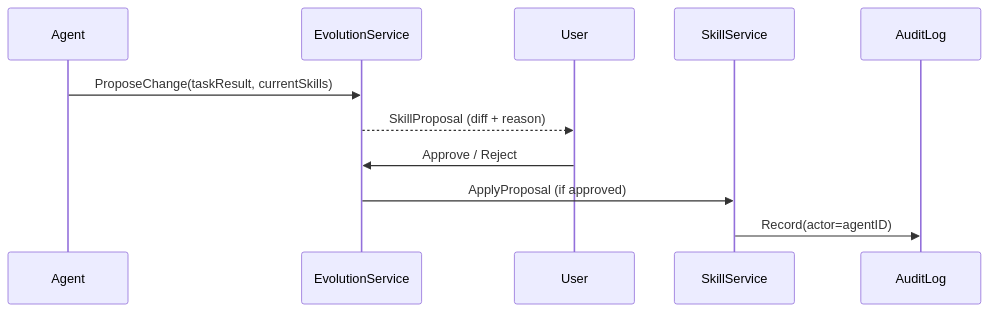
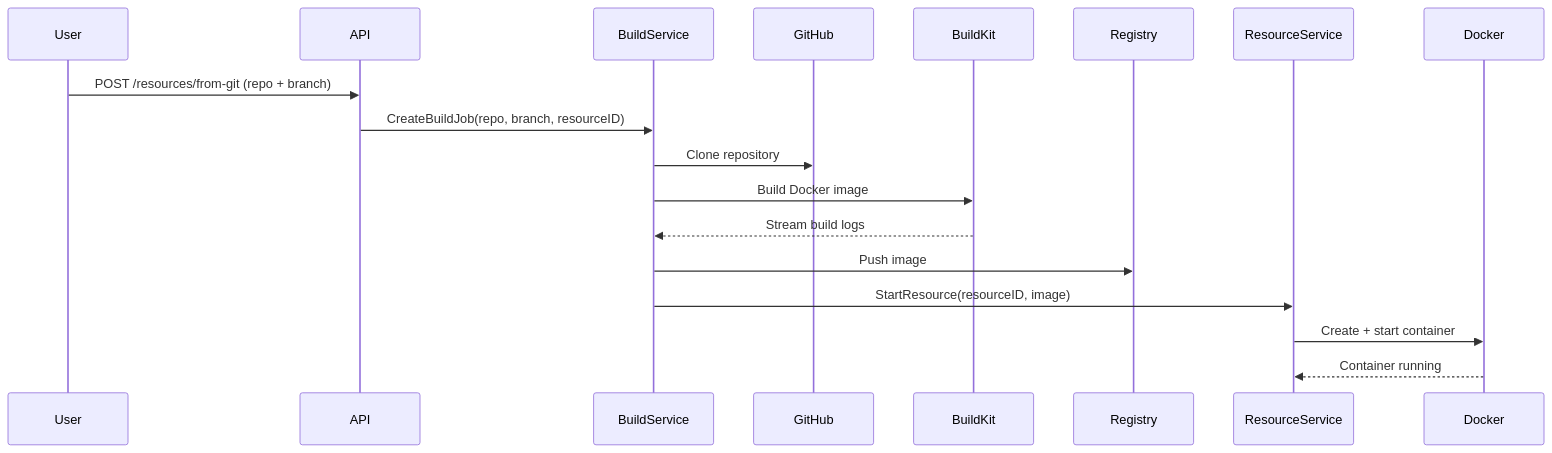
One commit to OpenViCloud/tango changed the third of 6 diagrams in roadmap/ARCHITECTURE.md. Above: the diagram before and after it, drawn with Mermaid. The commit also changed other lines of this file and 2 other files, not shown here.

````diff
--- a/roadmap/ARCHITECTURE.md
+++ b/roadmap/ARCHITECTURE.md
@@ -611,8 +69,12 @@
 ```mermaid
 sequenceDiagram
-    Agent->>EvolutionService: ProposeChange(taskResult, currentSkills)
-    EvolutionService-->>User: SkillProposal (diff + reason)
-    User->>EvolutionService: Approve / Reject
-    EvolutionService->>SkillService: ApplyProposal (if approved)
-    SkillService->>AuditLog: Record(actor=agentID)
+    User->>API: POST /resources/from-git (repo + branch)
+    API->>BuildService: CreateBuildJob(repo, branch, resourceID)
+    BuildService->>GitHub: Clone repository
+    BuildService->>BuildKit: Build Docker image
+    BuildKit-->>BuildService: Stream build logs
+    BuildService->>Registry: Push image
+    BuildService->>ResourceService: StartResource(resourceID, image)
+    ResourceService->>Docker: Create + start container
+    Docker-->>ResourceService: Container running
 ```
````
